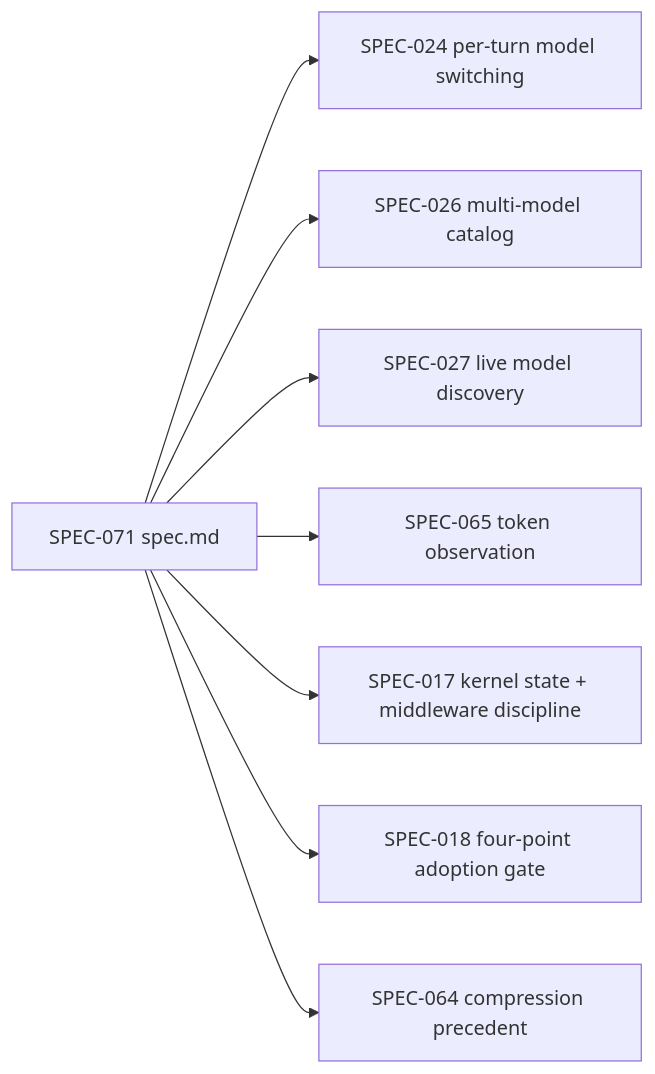
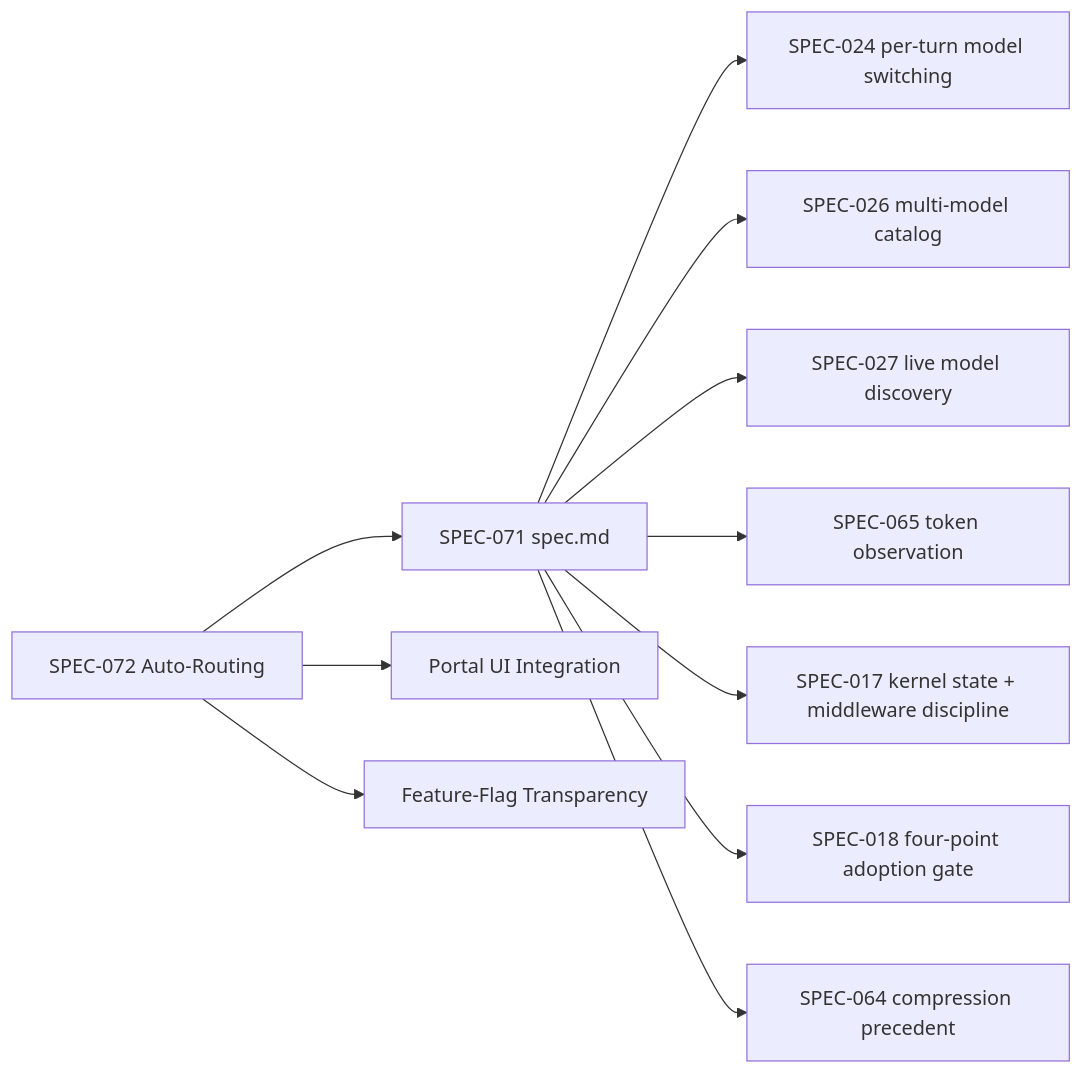
Before and after one commit to metasync/luban-aiops: the sixth of 7 diagrams in .qoder/repowiki/en/content/Shared Contracts/SPEC-071_ AgentScope Model Router Per-Turn Routing.md, drawn with Mermaid. The commit also changed other lines of this file and 6 other files, not shown here.

````diff
--- a/.qoder/repowiki/en/content/Shared Contracts/SPEC-071_ AgentScope Model Router Per-Turn Routing.md
+++ b/.qoder/repowiki/en/content/Shared Contracts/SPEC-071_ AgentScope Model Router Per-Turn Routing.md
@@ -304,10 +348,13 @@
 ```mermaid
 graph LR
 A["SPEC-071 spec.md"] --> B["SPEC-024 per-turn model switching"]
 A --> C["SPEC-026 multi-model catalog"]
 A --> D["SPEC-027 live model discovery"]
 A --> E["SPEC-065 token observation"]
 A --> F["SPEC-017 kernel state + middleware discipline"]
 A --> G["SPEC-018 four-point adoption gate"]
 A --> H["SPEC-064 compression precedent"]
+I["SPEC-072 Auto-Routing"] --> A
+I --> J["Portal UI Integration"]
+I --> K["Feature-Flag Transparency"]
 ```
````
